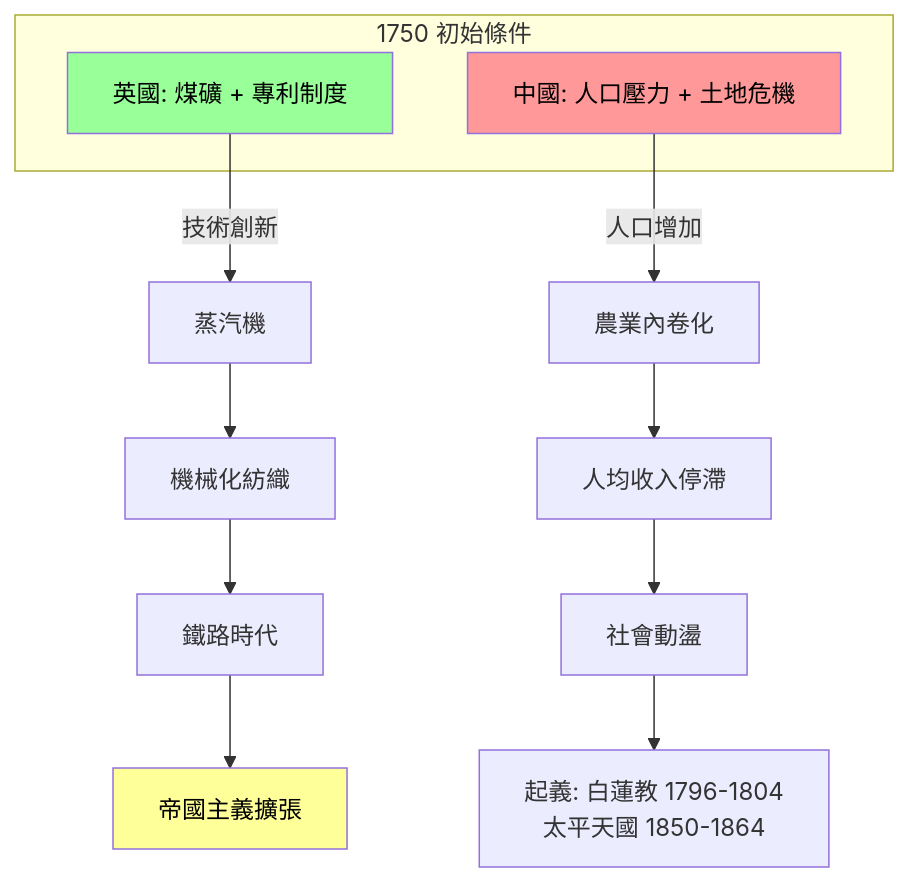
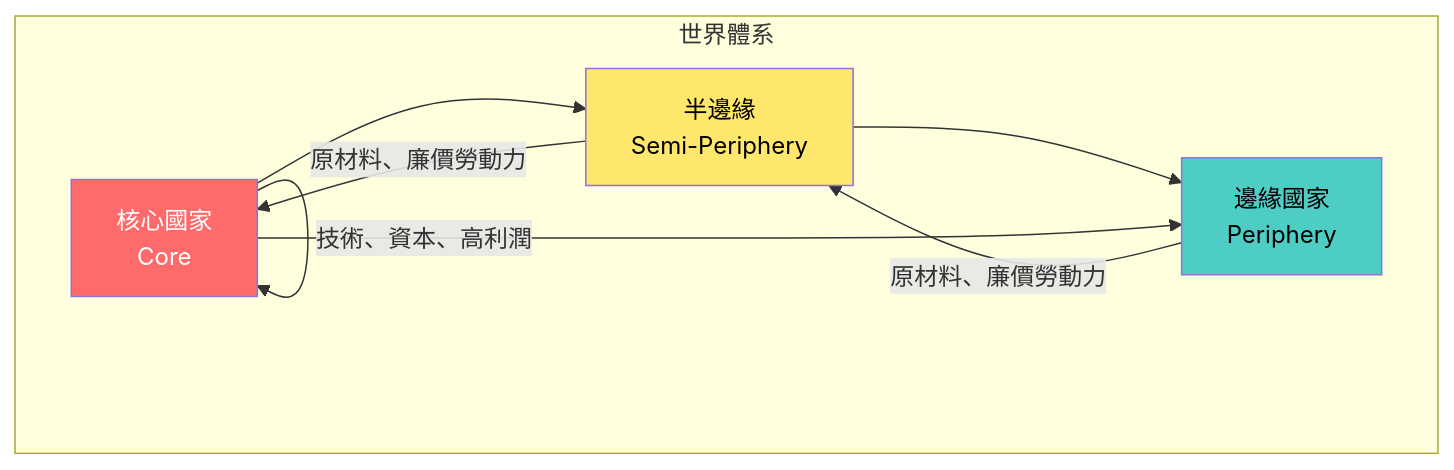
One commit to yip-lgtm/HKU-Harvard-History-Self-Study changed the sixth of 10 diagrams in 01_HKU_Courses/HIST1016_The_modern_world.md. Above: the diagram before and after it, drawn with Mermaid. The commit also changed other lines of this file and 65 other files, not shown here.

````diff
--- a/01_HKU_Courses/HIST1016_The_modern_world.md
+++ b/01_HKU_Courses/HIST1016_The_modern_world.md
@@ -536,21 +300,14 @@
 ```mermaid
-flowchart TD
-    subgraph "1750 初始條件"
-        A1[英國: 煤礦 + 專利制度]
-        A2[中國: 人口壓力 + 土地危機]
+graph TD
+    subgraph 世界體系
+        A[核心國家<br/>Core] --> B[半邊緣<br/>Semi-Periphery]
+        B --> C[邊緣國家<br/>Periphery]
+        A --> C
     end
-    
-    A1 -->|技術創新| B1[蒸汽機]
-    B1 --> C1[機械化紡織]
-    C1 --> D1[鐵路時代]
-    D1 --> E1[帝國主義擴張]
-    
-    A2 -->|人口增加| B2[農業內卷化]
-    B2 --> C2[人均收入停滯]
-    C2 --> D2[社會動盪]
-    D2 --> E2[起義: 白蓮教 1796-1804<br/>太平天國 1850-1864]
-    
-    style A1 fill:#9f9,color:#000
-    style A2 fill:#f99,color:#000
-    style E1 fill:#ff9,color:#000
+    A -->|"技術、資本、高利潤"| A
+    B -->|"原材料、廉價勞動力"| A
+    C -->|"原材料、廉價勞動力"| B
+    style A fill:#FF6B6B,color:#fff
+    style B fill:#FFE66D,color:#000
+    style C fill:#4ECDC4,color:#000
 ```
````
